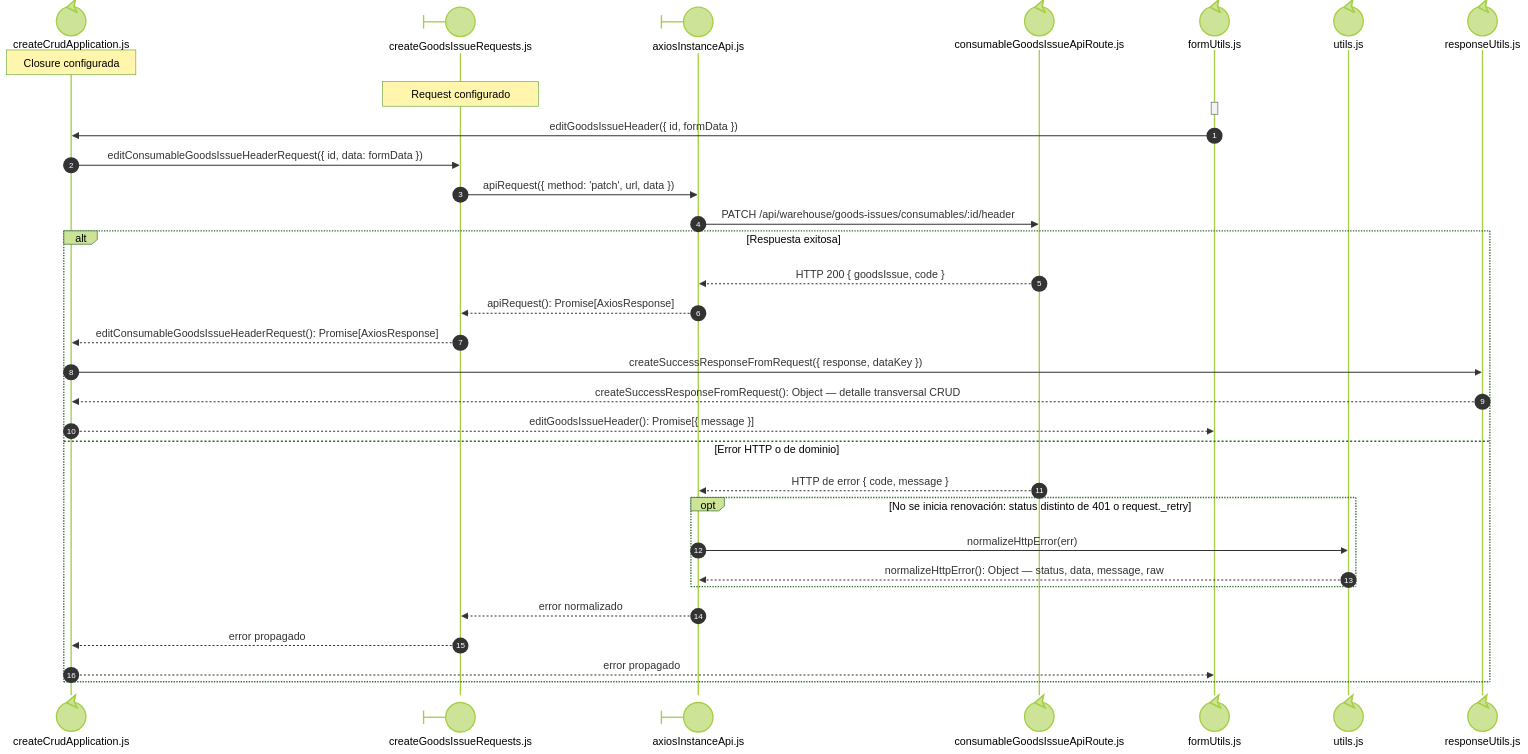
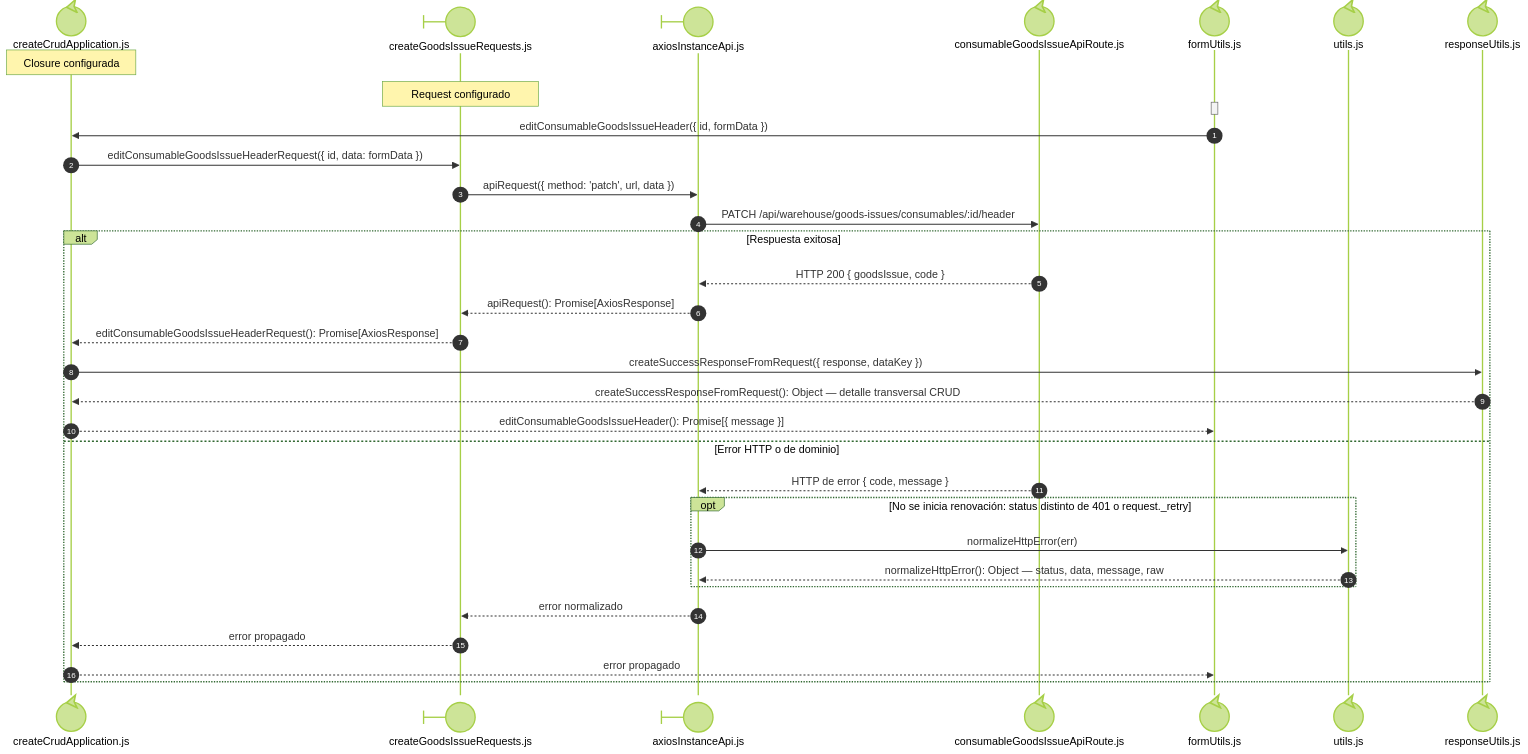
Before and after one commit to gpgsistemas01/nexus: the third of 3 diagrams in docs/architecture/views/processes/frontend-code-sequences/issues/cu-sal-17.md, drawn with Mermaid (forest theme). The commit also changed other lines of this file and 142 other files, not shown here.

````diff
--- a/docs/architecture/views/processes/frontend-code-sequences/issues/cu-sal-17.md
+++ b/docs/architecture/views/processes/frontend-code-sequences/issues/cu-sal-17.md
@@ -190,39 +191,39 @@
 ```mermaid
 sequenceDiagram
     autonumber
     participant Application@{ "type": "control" } as createCrudApplication.js
     participant Request@{ "type": "boundary" } as createGoodsIssueRequests.js
     participant HTTP@{ "type": "boundary" } as axiosInstanceApi.js
     participant Transport@{ "type": "control" } as consumableGoodsIssueApiRoute.js
     participant FormUtils@{ "type": "control" } as formUtils.js
 
     participant FileUtils@{ "type": "control" } as utils.js
 
     participant FileResponseUtils@{ "type": "control" } as responseUtils.js
 
     Note over Application: Closure configurada
     Note over Request: Request configurado
     activate FormUtils
     deactivate FormUtils
-        FormUtils->>Application: editGoodsIssueHeader({ id, formData })
+        FormUtils->>Application: editConsumableGoodsIssueHeader({ id, formData })
         Application->>Request: editConsumableGoodsIssueHeaderRequest({ id, data: formData })
         Request->>HTTP: apiRequest({ method: 'patch', url, data })
         HTTP->>Transport: PATCH /api/warehouse/goods-issues/consumables/:id/header
         alt Respuesta exitosa
             Transport-->>HTTP: HTTP 200 { goodsIssue, code }
             HTTP-->>Request: apiRequest(): Promise[AxiosResponse]
             Request-->>Application: editConsumableGoodsIssueHeaderRequest(): Promise[AxiosResponse]
             Application->>FileResponseUtils: createSuccessResponseFromRequest({ response, dataKey })
             FileResponseUtils-->>Application: createSuccessResponseFromRequest(): Object — detalle transversal CRUD
-            Application-->>FormUtils: editGoodsIssueHeader(): Promise[{ message }]
+            Application-->>FormUtils: editConsumableGoodsIssueHeader(): Promise[{ message }]
         else Error HTTP o de dominio
             Transport-->>HTTP: HTTP de error { code, message }
             opt No se inicia renovación: status distinto de 401 o request._retry
                 HTTP->>FileUtils: normalizeHttpError(err)
                 FileUtils-->>HTTP: normalizeHttpError(): Object — status, data, message, raw
             end
             HTTP-->>Request: error normalizado
             Request-->>Application: error propagado
             Application-->>FormUtils: error propagado
     end
 ```
````
